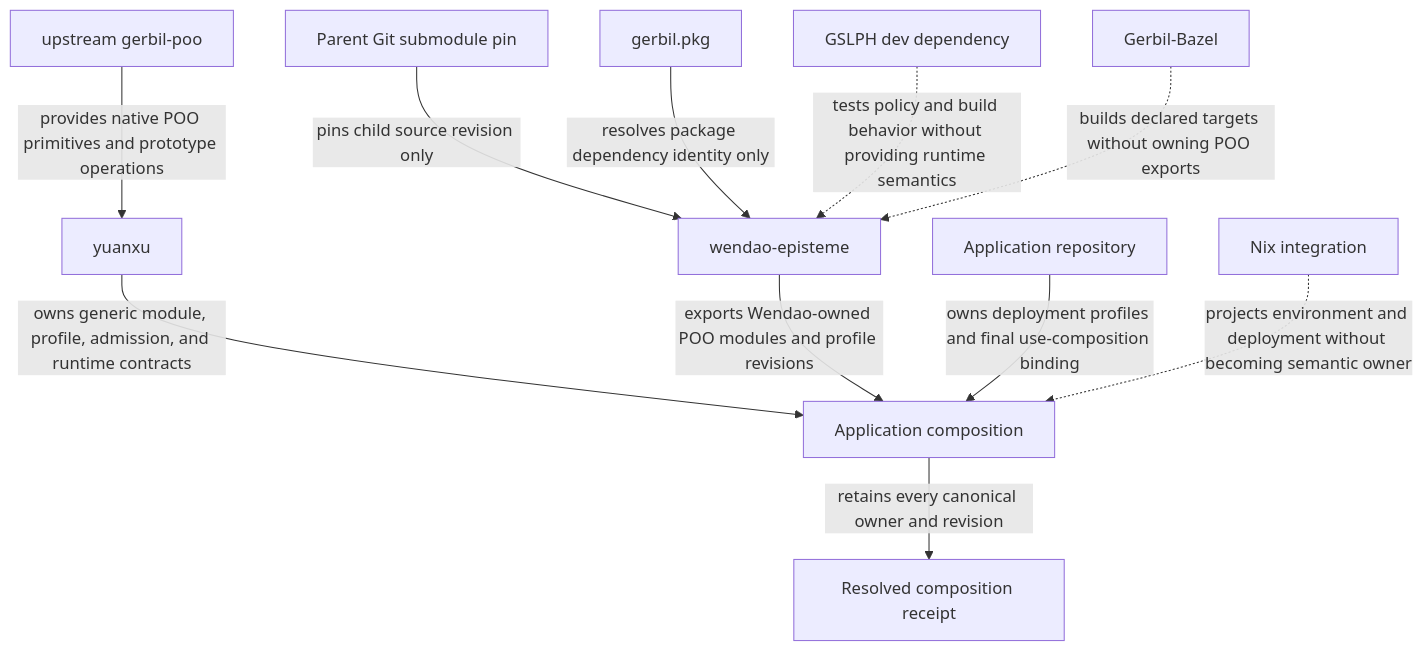
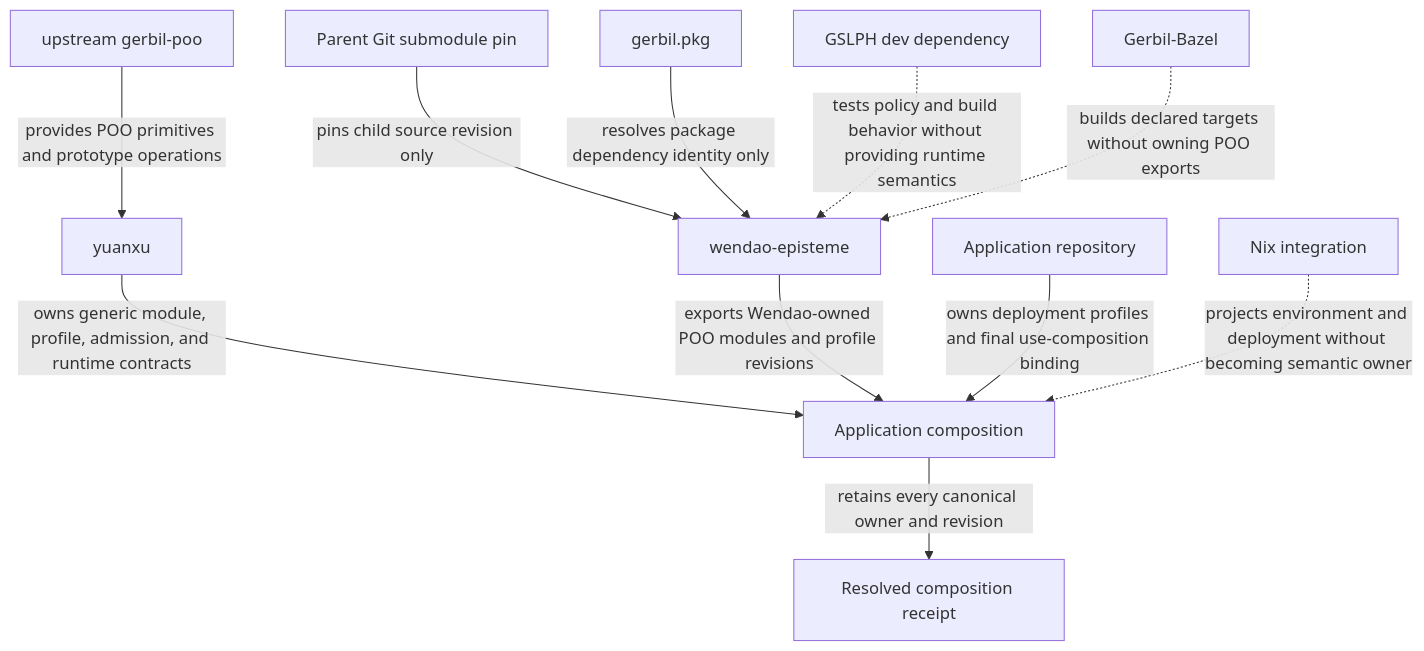
The second of 3 diagrams in module-system/design/45-111-profile-ownership-naming-export-identity-and-composition-repository-boundaries.org (tao3k/gebril-yuanxu), drawn with Mermaid before and after one commit. The commit also changed other lines of this file and 1469 other files, not shown here.

```diff
--- a/module-system/design/45-111-profile-ownership-naming-export-identity-and-composition-repository-boundaries.org
+++ b/module-system/design/45-111-profile-ownership-naming-export-identity-and-composition-repository-boundaries.org
@@ -424,13 +424,13 @@
 #+begin_src mermaid
 flowchart TD
-  GP["upstream gerbil-poo"] -->|"provides native POO primitives and prototype operations"| PC["yuanxu"]
+  GP["upstream gerbil-poo"] -->|"provides POO primitives and prototype operations"| PC["yuanxu"]
   PC -->|"owns generic module, profile, admission, and runtime contracts"| APP["Application composition"]
   WE["wendao-episteme"] -->|"exports Wendao-owned POO modules and profile revisions"| APP
   AR["Application repository"] -->|"owns deployment profiles and final use-composition binding"| APP
   SUB["Parent Git submodule pin"] -->|"pins child source revision only"| WE
   GPKG["gerbil.pkg"] -->|"resolves package dependency identity only"| WE
   GSLPH["GSLPH dev dependency"] -.->|"tests policy and build behavior without providing runtime semantics"| WE
   GB["Gerbil-Bazel"] -.->|"builds declared targets without owning POO exports"| WE
   NIX["Nix integration"] -.->|"projects environment and deployment without becoming semantic owner"| APP
   APP -->|"retains every canonical owner and revision"| RC["Resolved composition receipt"]
 #+end_src
```
